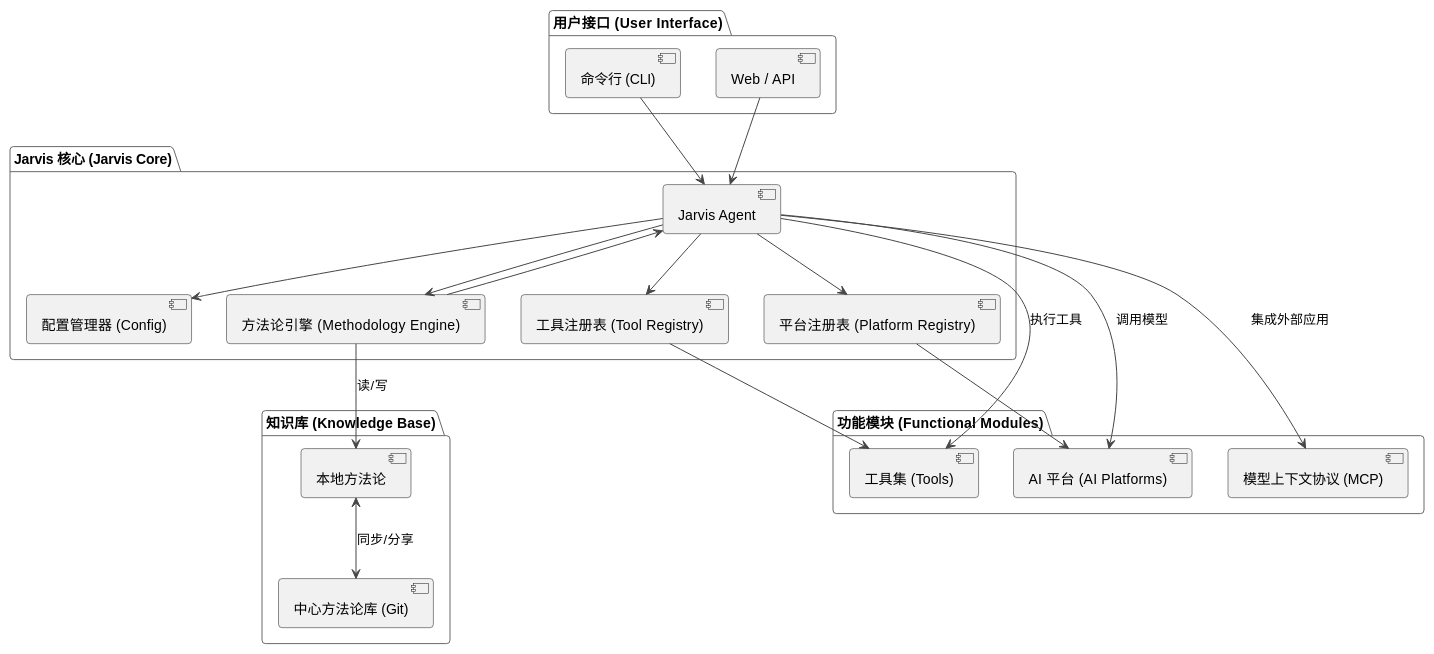
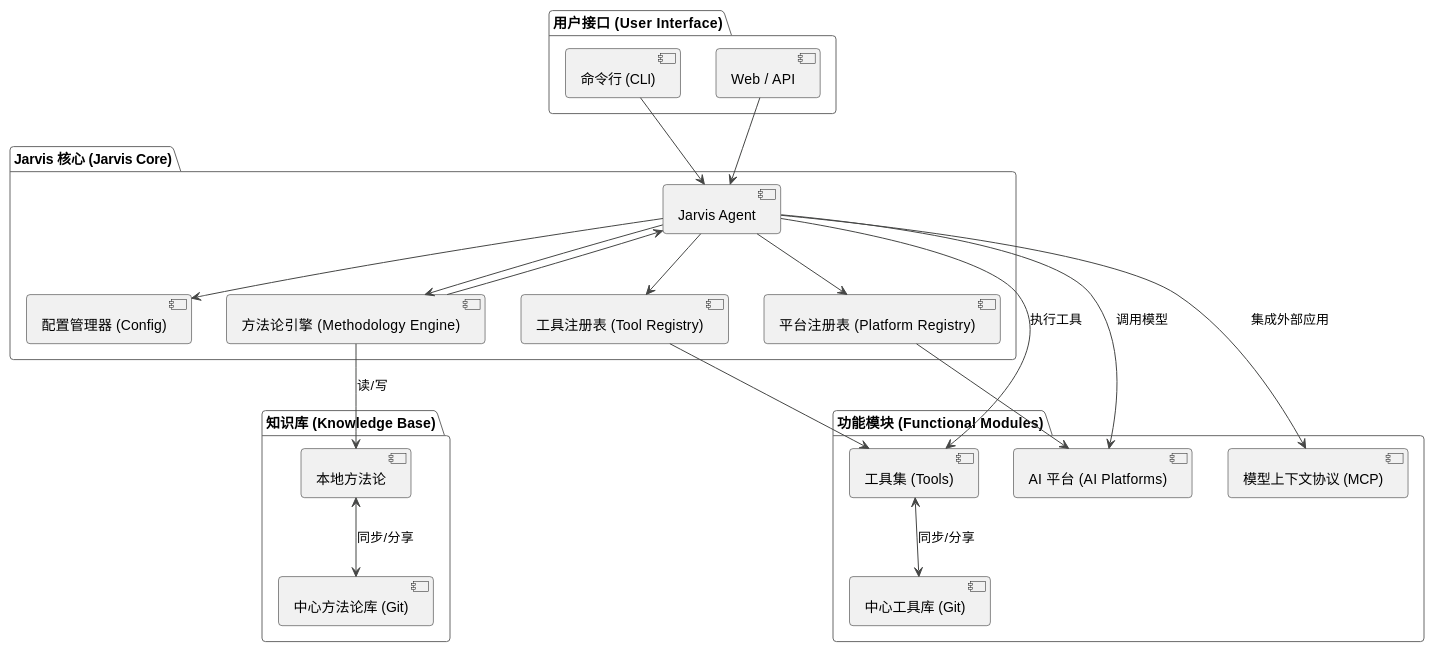
The first of 8 diagrams in docs/technical_documentation.md (skyfireitdiy/Jarvis), drawn with PlantUML before and after one commit. The commit also changed 5 other files, not shown here.

````diff
--- a/docs/technical_documentation.md
+++ b/docs/technical_documentation.md
@@ -49,50 +49,52 @@
 ```plantuml
 @startuml
 !theme vibrant
 
 package "用户接口 (User Interface)" {
   [命令行 (CLI)] as CLI
   [Web / API] as WebAPI
 }
 
 package "Jarvis 核心 (Jarvis Core)" {
   [Jarvis Agent] as Agent
   [配置管理器 (Config)] as Config
   [工具注册表 (Tool Registry)] as ToolRegistry
   [平台注册表 (Platform Registry)] as PlatformRegistry
   [方法论引擎 (Methodology Engine)] as MethodologyEngine
 }
 
 package "知识库 (Knowledge Base)" {
   [本地方法论] as LocalMethodologies
   [中心方法论库 (Git)] as CentralRepo
 }
 
 package "功能模块 (Functional Modules)" {
   [工具集 (Tools)] as Tools
+  [中心工具库 (Git)] as CentralTools
   [AI 平台 (AI Platforms)] as Platforms
   [模型上下文协议 (MCP)] as MCP
 }
 
 CLI --> Agent
 WebAPI --> Agent
 
 Agent --> Config
 Agent --> ToolRegistry
 Agent --> PlatformRegistry
 Agent --> MethodologyEngine
 
 MethodologyEngine --> LocalMethodologies : "读/写"
 LocalMethodologies <--> CentralRepo : "同步/分享"
 
 MethodologyEngine --> Agent
 
 ToolRegistry --> Tools
+Tools <--> CentralTools : "同步/分享"
 PlatformRegistry --> Platforms
 
 Agent --> Tools: 执行工具
 Agent --> Platforms: 调用模型
 Agent --> MCP: 集成外部应用
 
 @enduml
 ```
````
